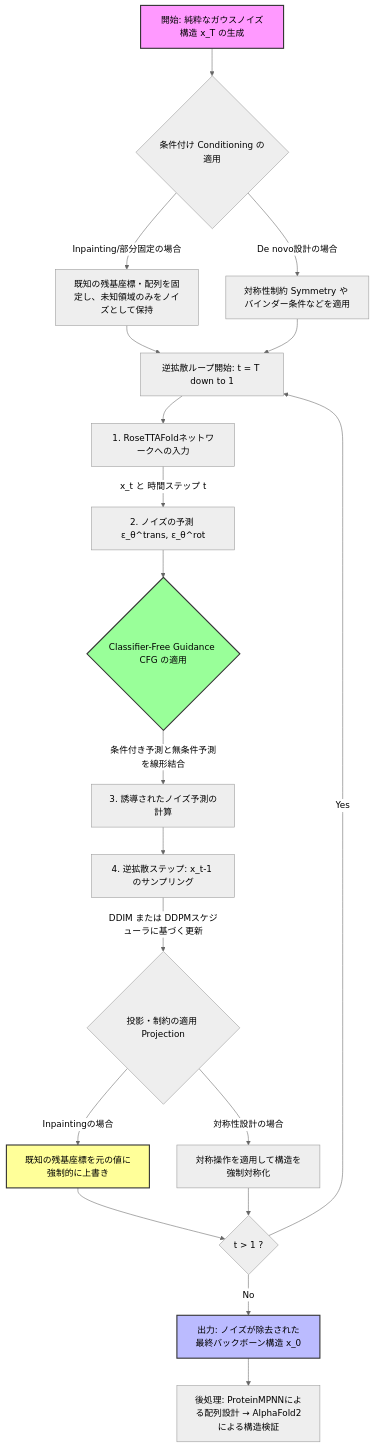
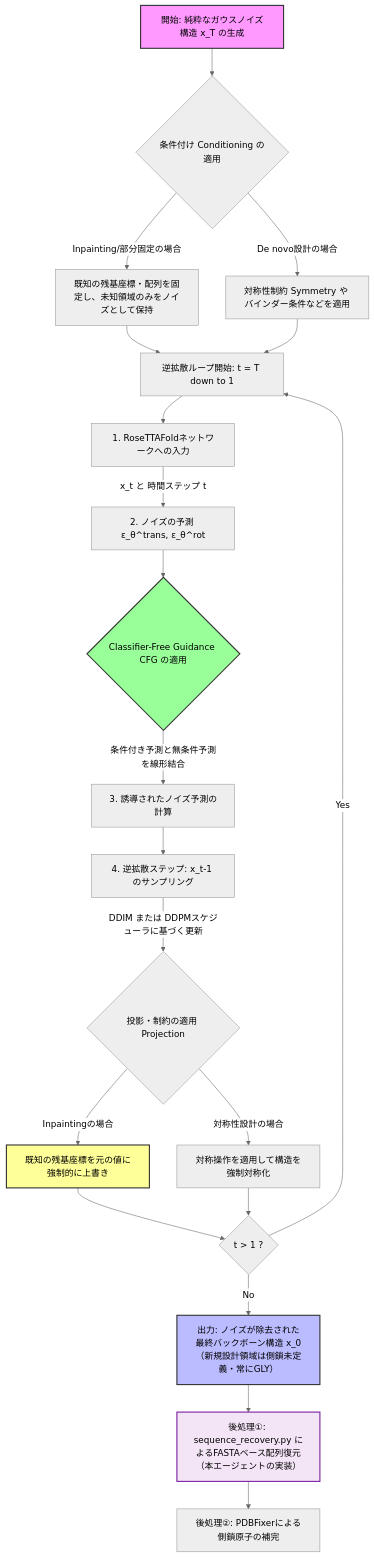
The third of 3 diagrams in README.md (nakamura26002002921-a11y/gromacs_recovery), drawn with Mermaid (neutral theme) before and after one commit. The commit also changed other lines of this file, not shown here.

````diff
--- a/README.md
+++ b/README.md
@@ -71,25 +81,27 @@
 ```mermaid
 graph TD
     A[開始: 純粋なガウスノイズ構造 x_T の生成] --> B{条件付け Conditioning の適用}
     B --> |Inpainting/部分固定の場合| C[既知の残基座標・配列を固定し、未知領域のみをノイズとして保持]
     B --> |De novo設計の場合| D[対称性制約 Symmetry や バインダー条件などを適用]
     C --> E[逆拡散ループ開始: t = T down to 1]
     D --> E
     E --> F[1. RoseTTAFoldネットワークへの入力]
     F --> |x_t と 時間ステップ t| G[2. ノイズの予測 ε_θ^trans, ε_θ^rot]
     G --> H{Classifier-Free Guidance CFG の適用}
     H --> |条件付き予測と無条件予測を線形結合| I[3. 誘導されたノイズ予測の計算]
     I --> J["4. 逆拡散ステップ: x_t-1 のサンプリング"]
     J --> |DDIM または DDPMスケジューラに基づく更新| K{投影・制約の適用 Projection}
     K --> |Inpaintingの場合| L[既知の残基座標を元の値に強制的に上書き]
     K --> |対称性設計の場合| M[対称操作を適用して構造を強制対称化]
     L --> N{t > 1 ?}
     M --> N
     N --> |Yes| E
-    N --> |No| O[出力: ノイズが除去された最終バックボーン構造 x_0]
-    O --> P[後処理: ProteinMPNNによる配列設計 → AlphaFold2による構造検証]
+    N --> |No| O["出力: ノイズが除去された最終バックボーン構造 x_0<br>（新規設計領域は側鎖未定義・常にGLY）"]
+    O --> P["後処理①: sequence_recovery.py によるFASTAベース配列復元<br>（本エージェントの実装）"]
+    P --> Q["後処理②: PDBFixerによる側鎖原子の補完"]
     style A fill:#f9f,stroke:#333,stroke-width:2px
     style O fill:#bbf,stroke:#333,stroke-width:2px
     style L fill:#ff9,stroke:#333,stroke-width:2px
     style H fill:#9f9,stroke:#333,stroke-width:2px
+    style P fill:#f3e5f5,stroke:#7b1fa2,stroke-width:2px
 ```
````
